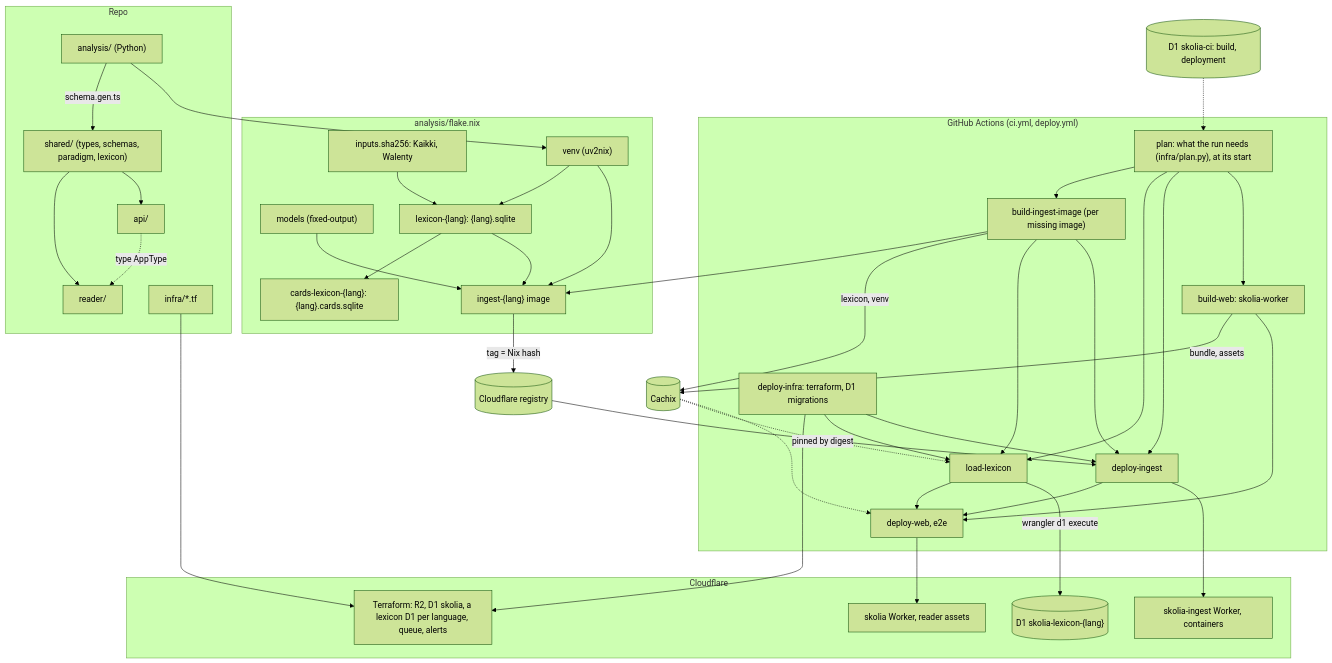
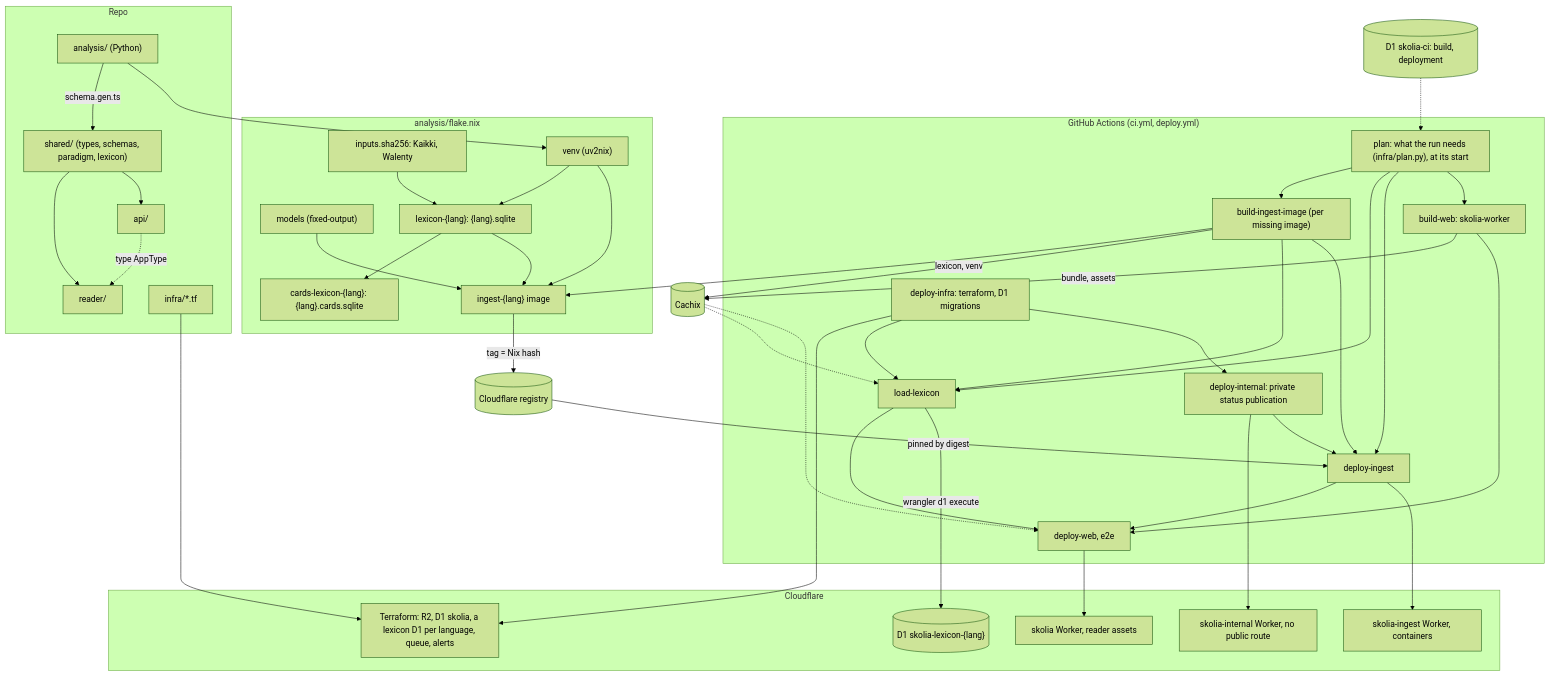
Before and after one commit to skolia-io/skolia: the third of 3 diagrams in ARCHITECTURE.md, drawn with Mermaid (forest theme). The commit also changed other lines of this file and 41 other files, not shown here.

````diff
--- a/ARCHITECTURE.md
+++ b/ARCHITECTURE.md
@@ -99,72 +104,76 @@
 ```mermaid
 flowchart TB
   subgraph Repo
     PY["analysis/ (Python)"]
     SH["shared/ (types, schemas, paradigm, lexicon)"]
     RDR["reader/"]
     APIS["api/"]
     TFS["infra/*.tf"]
   end
   subgraph Nix["analysis/flake.nix"]
     INP["inputs.sha256: Kaikki, Walenty"]
     MOD["models (fixed-output)"]
     VENV["venv (uv2nix)"]
     LEXN["lexicon-{lang}: {lang}.sqlite"]
     CARDS["cards-lexicon-{lang}: {lang}.cards.sqlite"]
     IMG["ingest-{lang} image"]
   end
   subgraph CI["GitHub Actions (ci.yml, deploy.yml)"]
     PL["plan: what the run needs (infra/plan.py), at its start"]
     BII["build-ingest-image (per missing image)"]
     DI["deploy-infra: terraform, D1 migrations"]
     LL["load-lexicon"]
+    DINT["deploy-internal: private status publication"]
     DGI["deploy-ingest"]
     BW["build-web: skolia-worker"]
     DW["deploy-web, e2e"]
   end
   CX[("Cachix")]
   CIDB[("D1 skolia-ci: build, deployment")]
   REG[("Cloudflare registry")]
   subgraph CF["Cloudflare"]
     TFR["Terraform: R2, D1 skolia, a lexicon D1 per language, queue, alerts"]
     LXDB[("D1 skolia-lexicon-{lang}")]
+    INTD["skolia-internal Worker, no public route"]
     INGD["skolia-ingest Worker, containers"]
     WEBD["skolia Worker, reader assets"]
   end
 
   PY -->|"schema.gen.ts"| SH
   SH --> RDR
   SH --> APIS
   APIS -.->|"type AppType"| RDR
   PY --> VENV
   INP --> LEXN
   VENV --> LEXN
   LEXN --> CARDS
   MOD --> IMG
   VENV --> IMG
   LEXN --> IMG
   PL --> BII
   PL --> LL
   PL --> DGI
   PL --> BW
   CIDB -.-> PL
   BW -->|"bundle, assets"| CX
   BW --> DW
   BII --> IMG
   BII -->|"lexicon, venv"| CX
   IMG -->|"tag = Nix hash"| REG
   BII --> LL
   BII --> DGI
   TFS --> TFR
   DI --> TFR
   DI --> LL
-  DI --> DGI
+  DI --> DINT
+  DINT --> INTD
+  DINT --> DGI
   DGI --> DW
   LL --> DW
   CX -.-> LL
   CX -.-> DW
   LL -->|"wrangler d1 execute"| LXDB
   REG -->|"pinned by digest"| DGI
   DGI --> INGD
   DW --> WEBD
 ```
````
